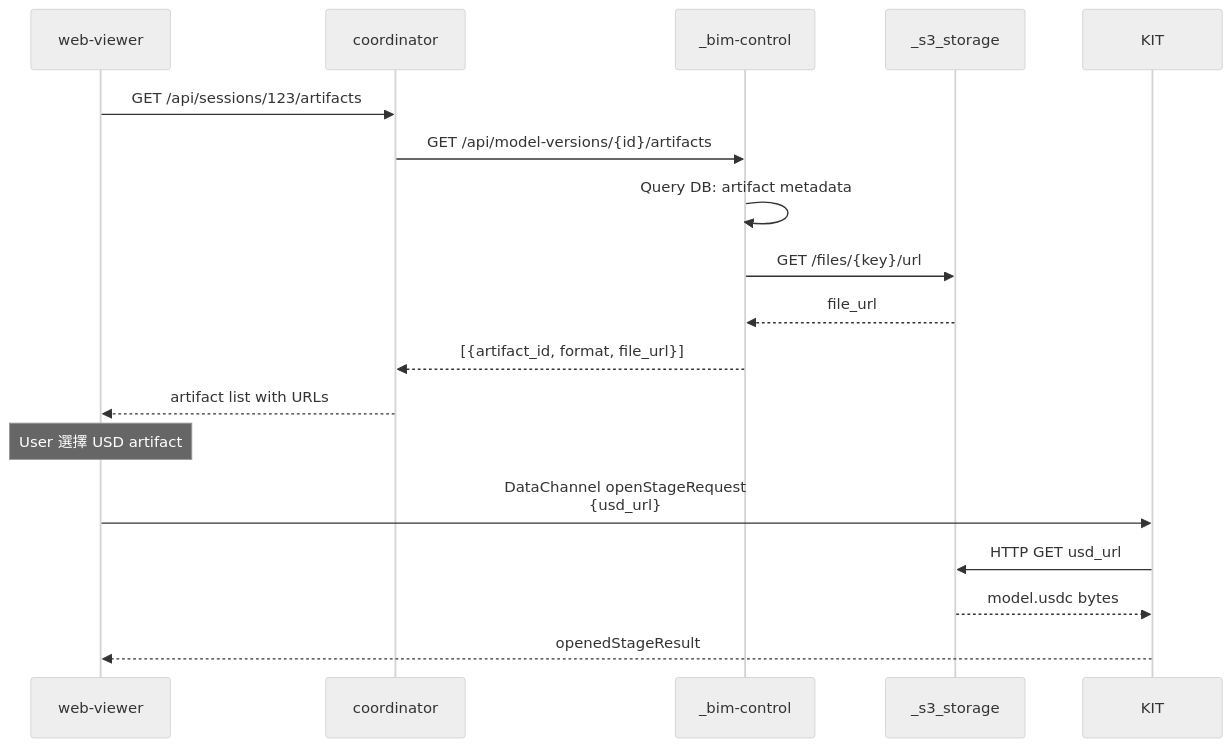
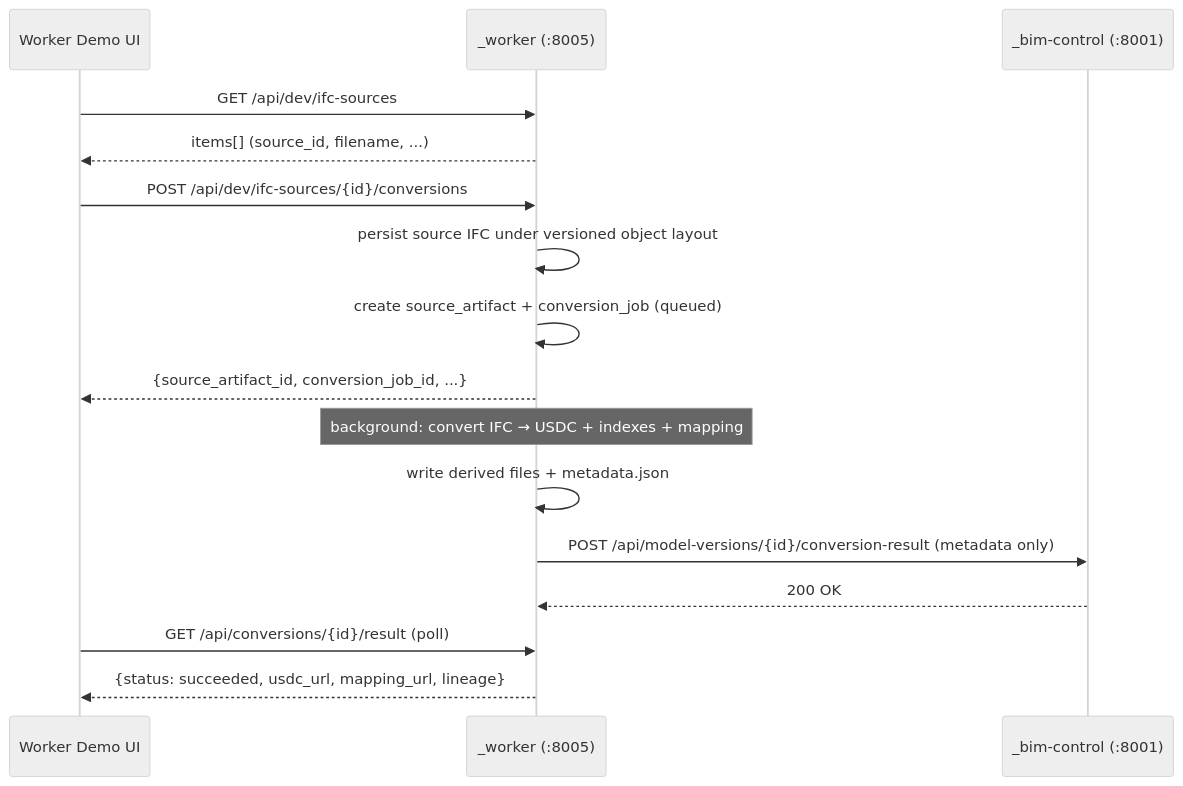
Before and after one commit to monkey1sai/AI-BIM-governance: the third of 5 diagrams in docs/PROJECT_DEVELOPMENT_WORKFLOW.md, drawn with Mermaid (neutral theme). The commit also changed other lines of this file, not shown here.

First line of the commit message:
docs: 依新版架構圖 v2 重寫專案開發流程

````diff
--- a/docs/PROJECT_DEVELOPMENT_WORKFLOW.md
+++ b/docs/PROJECT_DEVELOPMENT_WORKFLOW.md
@@ -835,21 +451,19 @@
 ```mermaid
 sequenceDiagram
-    participant WV as web-viewer
-    participant CO as coordinator
-    participant BC as _bim-control
-    participant S3 as _s3_storage
-    
-    WV->>CO: GET /api/sessions/123/artifacts
-    CO->>BC: GET /api/model-versions/{id}/artifacts
-    BC->>BC: Query DB: artifact metadata
-    BC->>S3: GET /files/{key}/url
-    S3-->>BC: file_url
-    BC-->>CO: [{artifact_id, format, file_url}]
-    CO-->>WV: artifact list with URLs
-    
-    Note over WV: User 選擇 USD artifact
-    WV->>KIT: DataChannel openStageRequest<br/>{usd_url}
-    KIT->>S3: HTTP GET usd_url
-    S3-->>KIT: model.usdc bytes
-    KIT-->>WV: openedStageResult
+    participant UI as Worker Demo UI
+    participant WK as _worker (:8005)
+    participant BC as _bim-control (:8001)
+
+    UI->>WK: GET /api/dev/ifc-sources
+    WK-->>UI: items[] (source_id, filename, ...)
+    UI->>WK: POST /api/dev/ifc-sources/{id}/conversions
+    WK->>WK: persist source IFC under versioned object layout
+    WK->>WK: create source_artifact + conversion_job (queued)
+    WK-->>UI: {source_artifact_id, conversion_job_id, ...}
+    Note over WK: background: convert IFC → USDC + indexes + mapping
+    WK->>WK: write derived files + metadata.json
+    WK->>BC: POST /api/model-versions/{id}/conversion-result (metadata only)
+    BC-->>WK: 200 OK
+    UI->>WK: GET /api/conversions/{id}/result (poll)
+    WK-->>UI: {status: succeeded, usdc_url, mapping_url, lineage}
 ```
````
